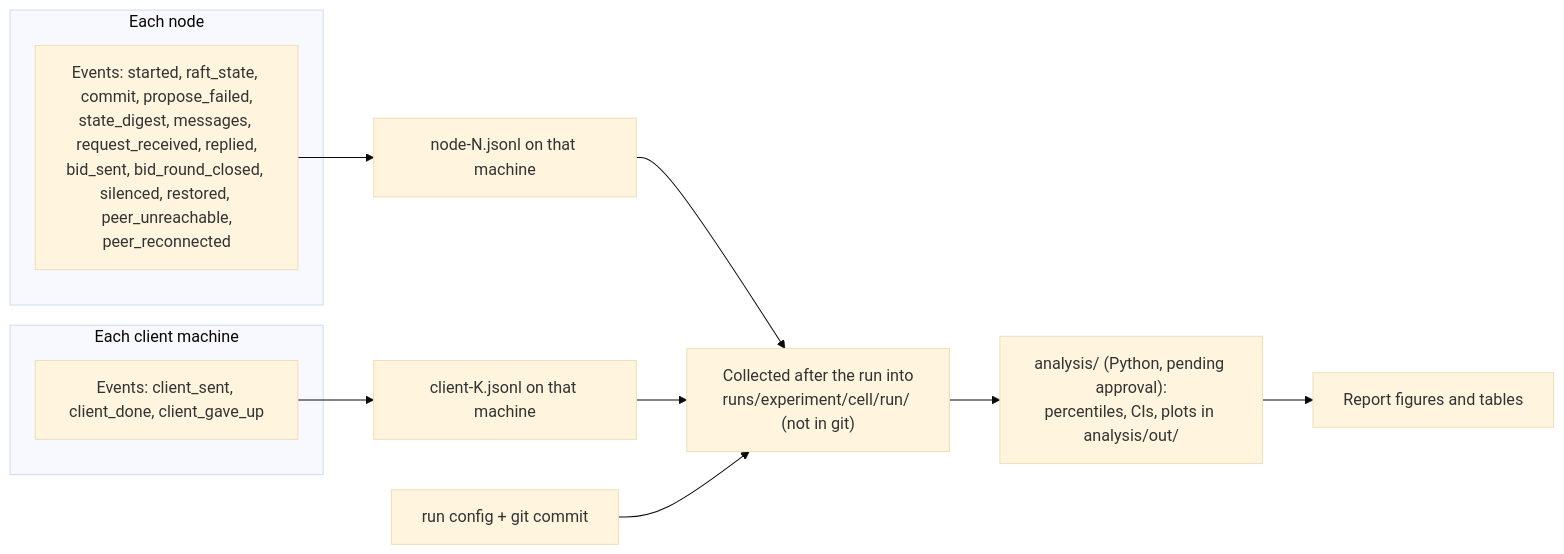
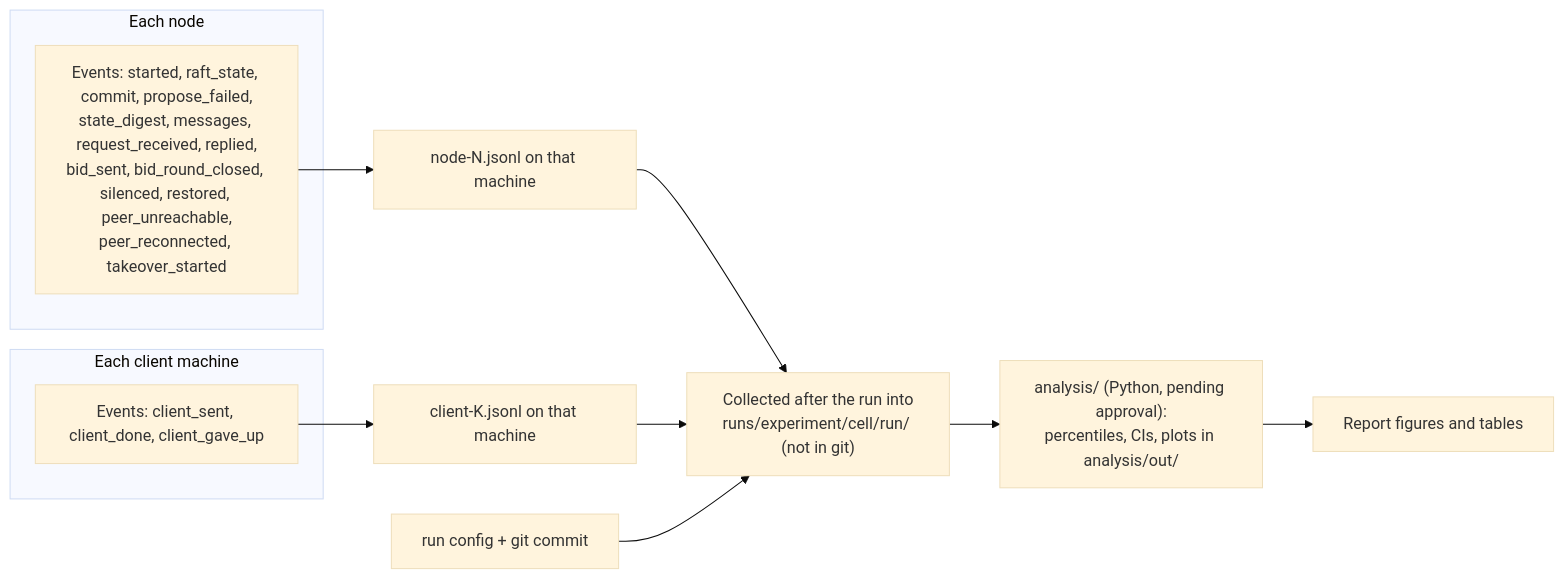
Before and after one commit to noortaytoy1/DistributedSystems: diagram 27 of 27 in docs/architecture.md, drawn with Mermaid (base theme). The commit also changed other lines of this file and 6 other files, not shown here.

````diff
--- a/docs/architecture.md
+++ b/docs/architecture.md
@@ -972,16 +973,16 @@
 ```mermaid
 flowchart LR
     subgraph NODE["Each node"]
-        NE["Events: started, raft_state, commit, propose_failed,<br/>state_digest, messages, request_received, replied,<br/>bid_sent, bid_round_closed, silenced, restored, peer_unreachable,<br/>peer_reconnected"]
+        NE["Events: started, raft_state, commit, propose_failed,<br/>state_digest, messages, request_received, replied,<br/>bid_sent, bid_round_closed, silenced, restored, peer_unreachable,<br/>peer_reconnected, takeover_started"]
     end
     subgraph CLIENT["Each client machine"]
         CE["Events: client_sent, client_done, client_gave_up"]
     end
     NE --> NF["node-N.jsonl on that machine"]
     CE --> CF["client-K.jsonl on that machine"]
     NF --> COL["Collected after the run into<br/>runs/experiment/cell/run/ (not in git)"]
     CF --> COL
     CFG["run config + git commit"] --> COL
     COL --> AN["analysis/ (Python, pending approval):<br/>percentiles, CIs, plots in analysis/out/"]
     AN --> REP["Report figures and tables"]
 ```
````
